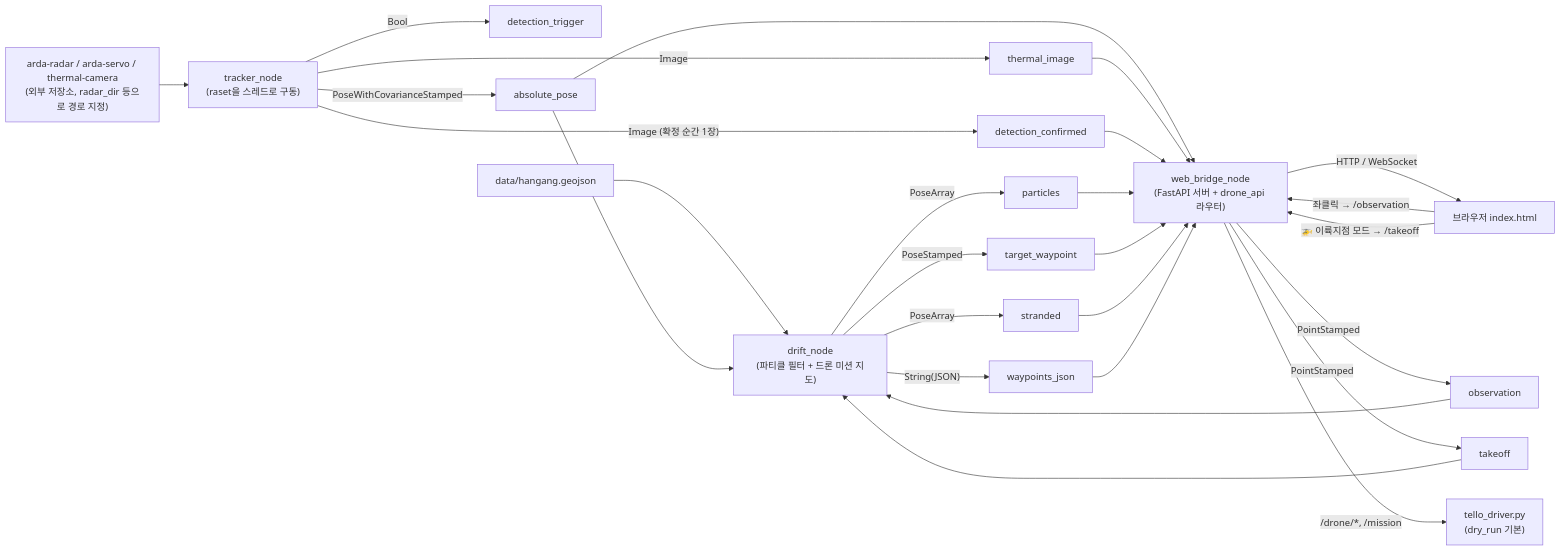
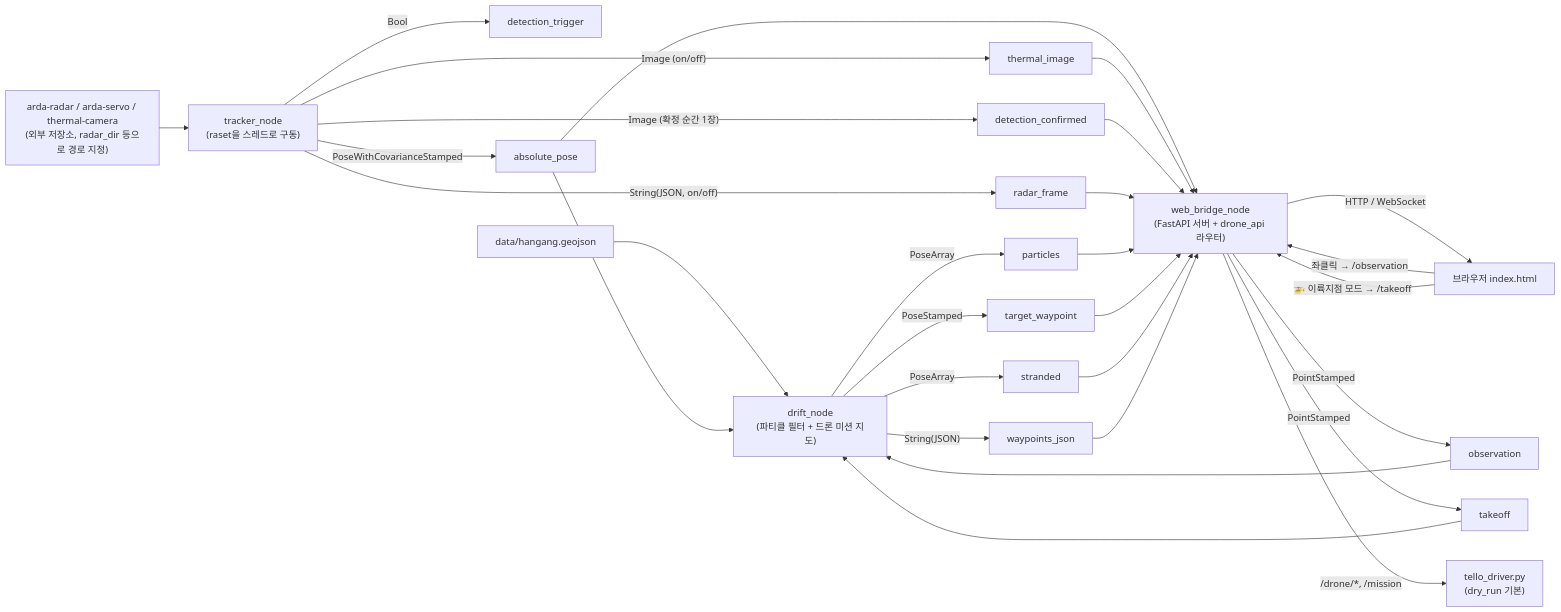
The diagram in README.md (ARDA-2026/arda-bringup), drawn with Mermaid before and after one commit. The commit also changed other lines of this file and 12 other files, not shown here.

````diff
--- a/README.md
+++ b/README.md
@@ -122,32 +322,34 @@
 ```mermaid
 flowchart LR
     RADARSVC["arda-radar / arda-servo / thermal-camera\n(외부 저장소, radar_dir 등으로 경로 지정)"] --> TRACKER
 
     TRACKER["tracker_node\n(raset을 스레드로 구동)"] -->|"Bool"| TRIG["detection_trigger"]
     TRACKER -->|"PoseWithCovarianceStamped"| POSE["absolute_pose"]
-    TRACKER -->|"Image"| IMG["thermal_image"]
+    TRACKER -->|"Image (on/off)"| IMG["thermal_image"]
     TRACKER -->|"Image (확정 순간 1장)"| CONF["detection_confirmed"]
+    TRACKER -->|"String(JSON, on/off)"| RADFRAME["radar_frame"]
 
     GEOJSON["data/hangang.geojson"] --> DRIFT
     POSE --> DRIFT["drift_node\n(파티클 필터 + 드론 미션 지도)"]
     DRIFT -->|"PoseArray"| PART["particles"]
     DRIFT -->|"PoseStamped"| WP["target_waypoint"]
     DRIFT -->|"PoseArray"| STRAND["stranded"]
     DRIFT -->|"String(JSON)"| WPJSON["waypoints_json"]
 
     POSE --> BRIDGE["web_bridge_node\n(FastAPI 서버 + drone_api 라우터)"]
     IMG --> BRIDGE
     CONF --> BRIDGE
+    RADFRAME --> BRIDGE
     PART --> BRIDGE
     WP --> BRIDGE
     STRAND --> BRIDGE
     WPJSON --> BRIDGE
     BRIDGE -->|"HTTP / WebSocket"| WEB["브라우저 index.html"]
     WEB -->|"좌클릭 → /observation"| BRIDGE
     WEB -->|"🚁 이륙지점 모드 → /takeoff"| BRIDGE
     BRIDGE -->|"PointStamped"| OBS["observation"]
     BRIDGE -->|"PointStamped"| TAKEOFF["takeoff"]
     OBS --> DRIFT
     TAKEOFF --> DRIFT
     BRIDGE -->|"/drone/*, /mission"| TELLO["tello_driver.py\n(dry_run 기본)"]
 ```
````
